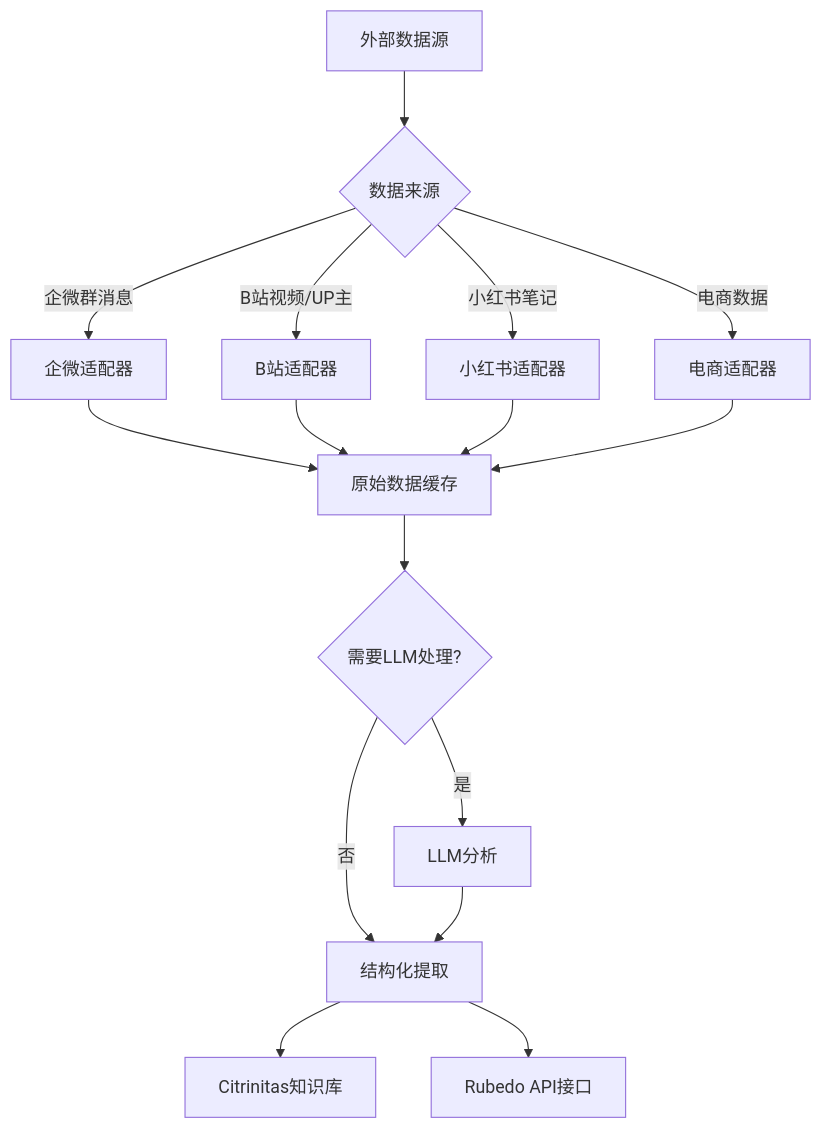
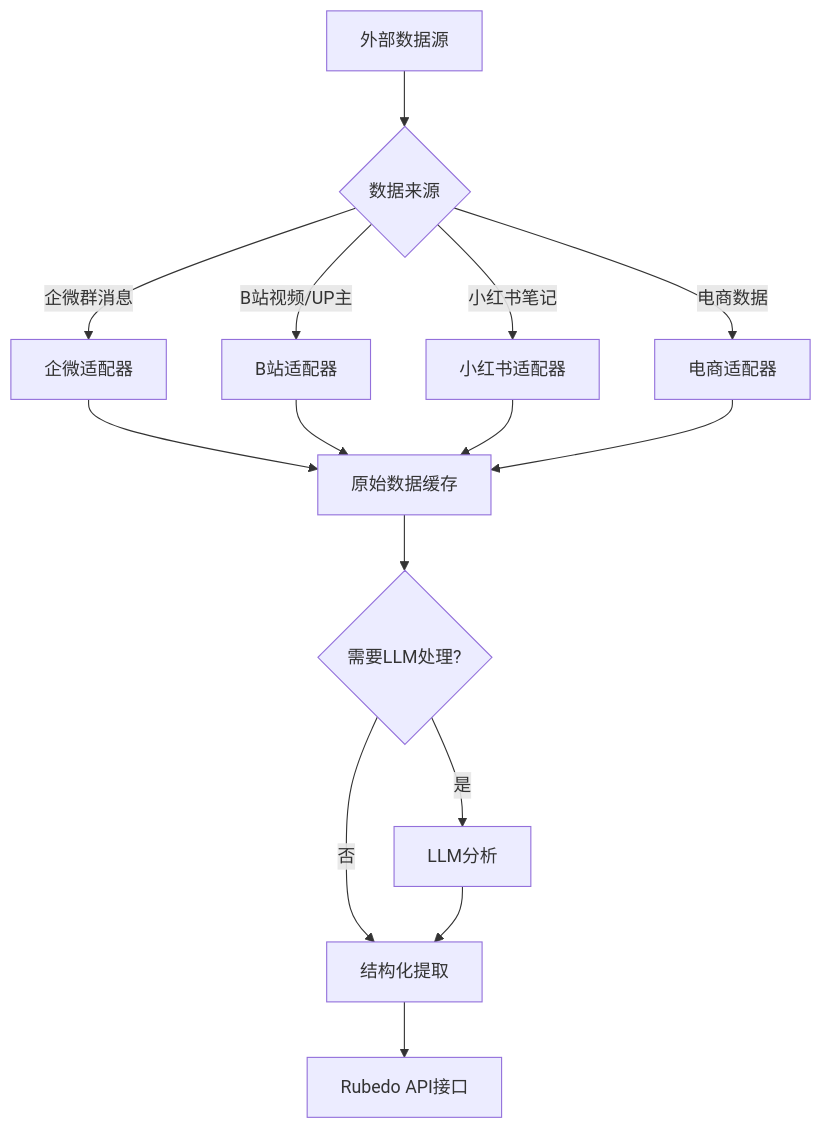
The diagram in FLOWCHART.md (shiyao222333-afk/nigredo), drawn with Mermaid before and after one commit. The commit also changed other lines of this file and 6 other files, not shown here.

First line of the commit message:
refactor(cleanup): RISK3 命名/死依赖/流程图清理 + 修复 b23.tv 短链解析

````diff
--- a/FLOWCHART.md
+++ b/FLOWCHART.md
@@ -9,21 +9,20 @@
 ```mermaid
 flowchart TB
     A[外部数据源] --> B{数据来源}
     B -->|企微群消息| C1[企微适配器]
     B -->|B站视频/UP主| C2[B站适配器]
     B -->|小红书笔记| C3[小红书适配器]
     B -->|电商数据| C4[电商适配器]
     
     C1 --> D[原始数据缓存]
     C2 --> D
     C3 --> D
     C4 --> D
     
     D --> E{需要LLM处理?}
     E -->|否| F[结构化提取]
     E -->|是| G[LLM分析]
     G --> F
     
-    F --> H[Citrinitas知识库]
     F --> I[Rubedo API接口]
 ```
````
